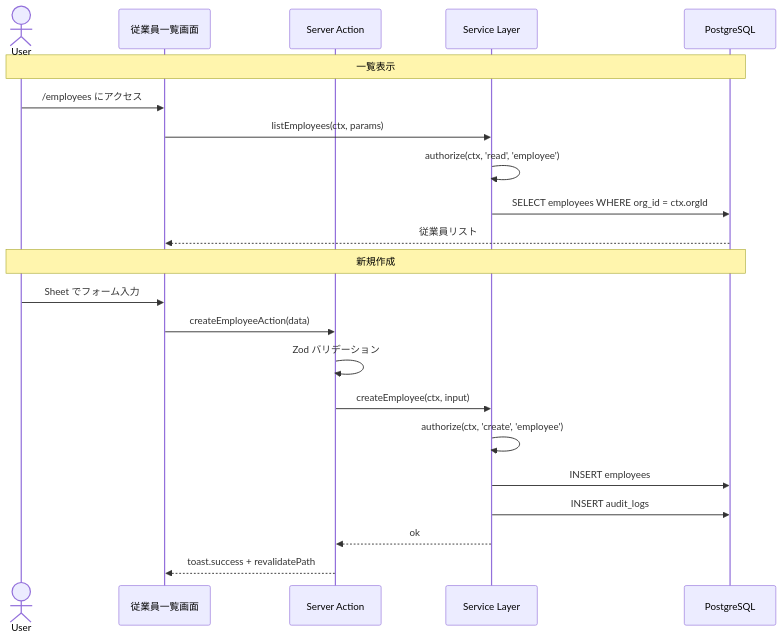
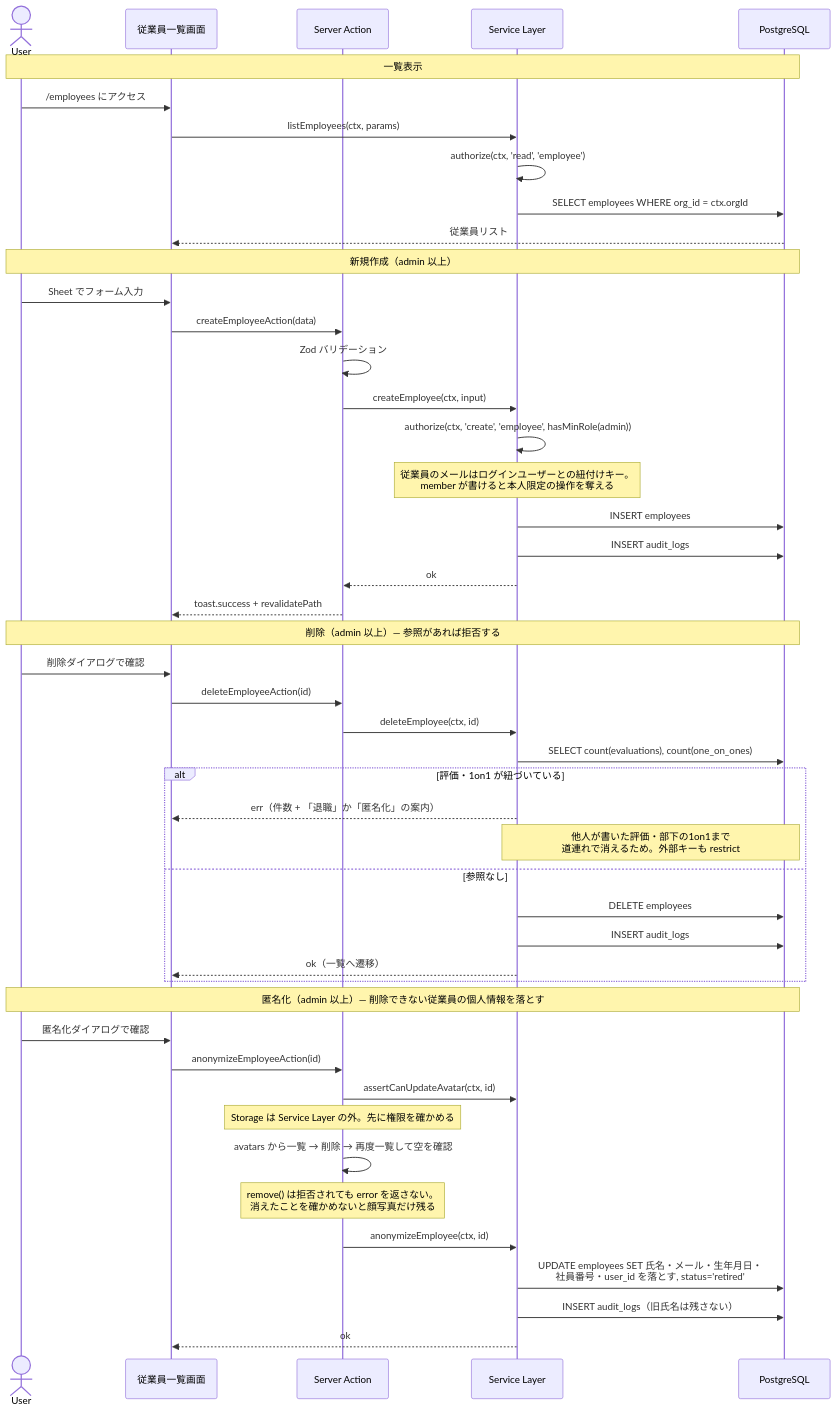
The sixth of 9 diagrams in docs/design/user-flows.md (TakuyaMiyashita/fondra-hr), drawn with Mermaid before and after one commit. The commit also changed other lines of this file, not shown here.

First paragraph of the commit message:
docs: フロー図と実装の食い違いを直す (#74)
user-flows.md の4つの図が実装と食い違っていた。図は実行されないので
CI では気づけない。古い図は無いより悪く、エージェントがそれを仕様として
読んで実装を壊す。

````diff
--- a/docs/design/user-flows.md
+++ b/docs/design/user-flows.md
@@ -174,26 +174,53 @@
 ```mermaid
 sequenceDiagram
     actor User
     participant UI as 従業員一覧画面
     participant SA as Server Action
     participant SVC as Service Layer
     participant DB as PostgreSQL
 
     Note over User,DB: 一覧表示
     User->>UI: /employees にアクセス
     UI->>SVC: listEmployees(ctx, params)
     SVC->>SVC: authorize(ctx, 'read', 'employee')
     SVC->>DB: SELECT employees WHERE org_id = ctx.orgId
     DB-->>UI: 従業員リスト
 
-    Note over User,DB: 新規作成
+    Note over User,DB: 新規作成（admin 以上）
     User->>UI: Sheet でフォーム入力
     UI->>SA: createEmployeeAction(data)
     SA->>SA: Zod バリデーション
     SA->>SVC: createEmployee(ctx, input)
-    SVC->>SVC: authorize(ctx, 'create', 'employee')
+    SVC->>SVC: authorize(ctx, 'create', 'employee', hasMinRole(admin))
+    Note over SVC: 従業員のメールはログインユーザーとの紐付けキー。<br/>member が書けると本人限定の操作を奪える
     SVC->>DB: INSERT employees
     SVC->>DB: INSERT audit_logs
     SVC-->>SA: ok
     SA-->>UI: toast.success + revalidatePath
+
+    Note over User,DB: 削除（admin 以上）— 参照があれば拒否する
+    User->>UI: 削除ダイアログで確認
+    UI->>SA: deleteEmployeeAction(id)
+    SA->>SVC: deleteEmployee(ctx, id)
+    SVC->>DB: SELECT count(evaluations), count(one_on_ones)
+    alt 評価・1on1 が紐づいている
+        SVC-->>UI: err（件数 + 「退職」か「匿名化」の案内）
+        Note over SVC,DB: 他人が書いた評価・部下の1on1まで<br/>道連れで消えるため。外部キーも restrict
+    else 参照なし
+        SVC->>DB: DELETE employees
+        SVC->>DB: INSERT audit_logs
+        SVC-->>UI: ok（一覧へ遷移）
+    end
+
+    Note over User,DB: 匿名化（admin 以上）— 削除できない従業員の個人情報を落とす
+    User->>UI: 匿名化ダイアログで確認
+    UI->>SA: anonymizeEmployeeAction(id)
+    SA->>SVC: assertCanUpdateAvatar(ctx, id)
+    Note over SA: Storage は Service Layer の外。先に権限を確かめる
+    SA->>SA: avatars から一覧 → 削除 → 再度一覧して空を確認
+    Note over SA: remove() は拒否されても error を返さない。<br/>消えたことを確かめないと顔写真だけ残る
+    SA->>SVC: anonymizeEmployee(ctx, id)
+    SVC->>DB: UPDATE employees SET 氏名・メール・生年月日・<br/>社員番号・user_id を落とす, status='retired'
+    SVC->>DB: INSERT audit_logs（旧氏名は残さない）
+    SVC-->>UI: ok
 ```
````
